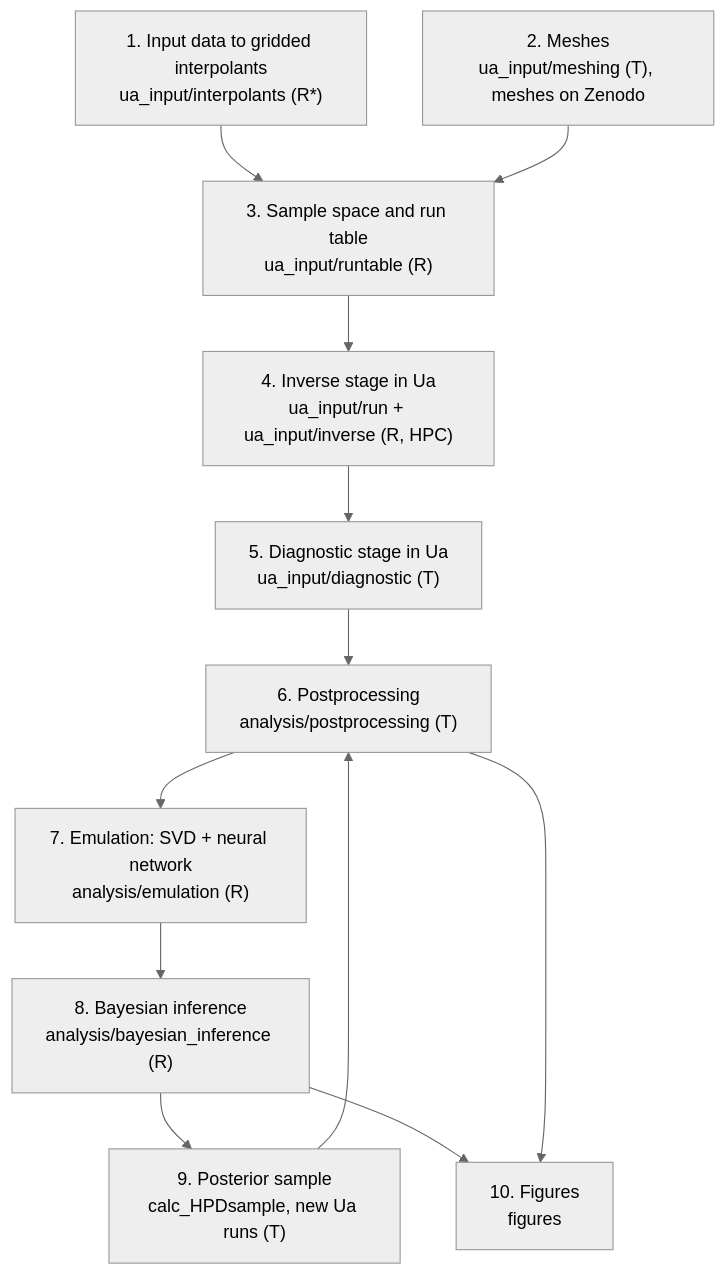
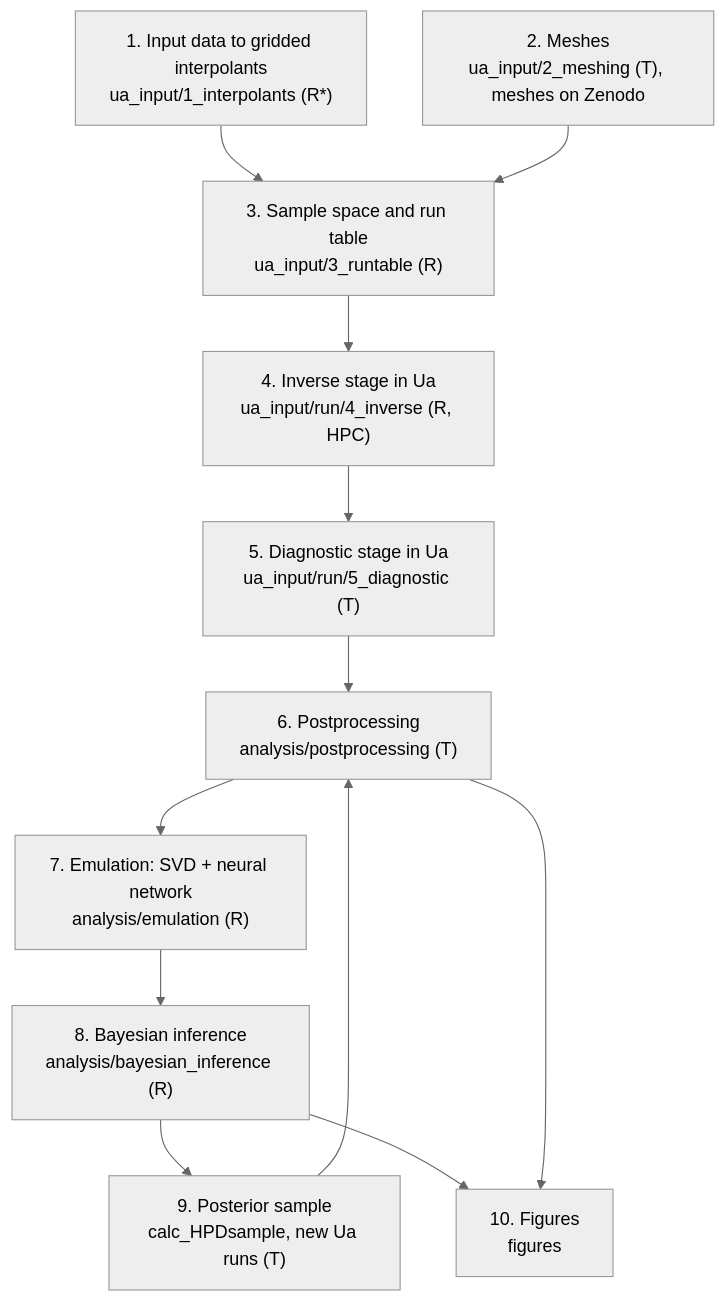
One commit to janderydt/westantarctica_calibration changed the diagram in WORKFLOW.md. Above: the diagram before and after it, drawn with Mermaid (neutral theme). The commit also changed other lines of this file and 102 other files, not shown here.

````diff
--- a/WORKFLOW.md
+++ b/WORKFLOW.md
@@ -17,14 +17,14 @@
 ```mermaid
 flowchart TD
-    A["1. Input data to gridded interpolants<br/>ua_input/interpolants (R*)"] --> C
-    B["2. Meshes<br/>ua_input/meshing (T), meshes on Zenodo"] --> C
-    C["3. Sample space and run table<br/>ua_input/runtable (R)"] --> D
-    D["4. Inverse stage in Ua<br/>ua_input/run + ua_input/inverse (R, HPC)"] --> E
-    E["5. Diagnostic stage in Ua<br/>ua_input/diagnostic (T)"] --> F
+    A["1. Input data to gridded interpolants<br/>ua_input/1_interpolants (R*)"] --> C
+    B["2. Meshes<br/>ua_input/2_meshing (T), meshes on Zenodo"] --> C
+    C["3. Sample space and run table<br/>ua_input/3_runtable (R)"] --> D
+    D["4. Inverse stage in Ua<br/>ua_input/run/4_inverse (R, HPC)"] --> E
+    E["5. Diagnostic stage in Ua<br/>ua_input/run/5_diagnostic (T)"] --> F
     F["6. Postprocessing<br/>analysis/postprocessing (T)"] --> G
     G["7. Emulation: SVD + neural network<br/>analysis/emulation (R)"] --> H
     H["8. Bayesian inference<br/>analysis/bayesian_inference (R)"] --> I
     I["9. Posterior sample<br/>calc_HPDsample, new Ua runs (T)"] --> F
     H --> J["10. Figures<br/>figures"]
     F --> J
 ```
````
